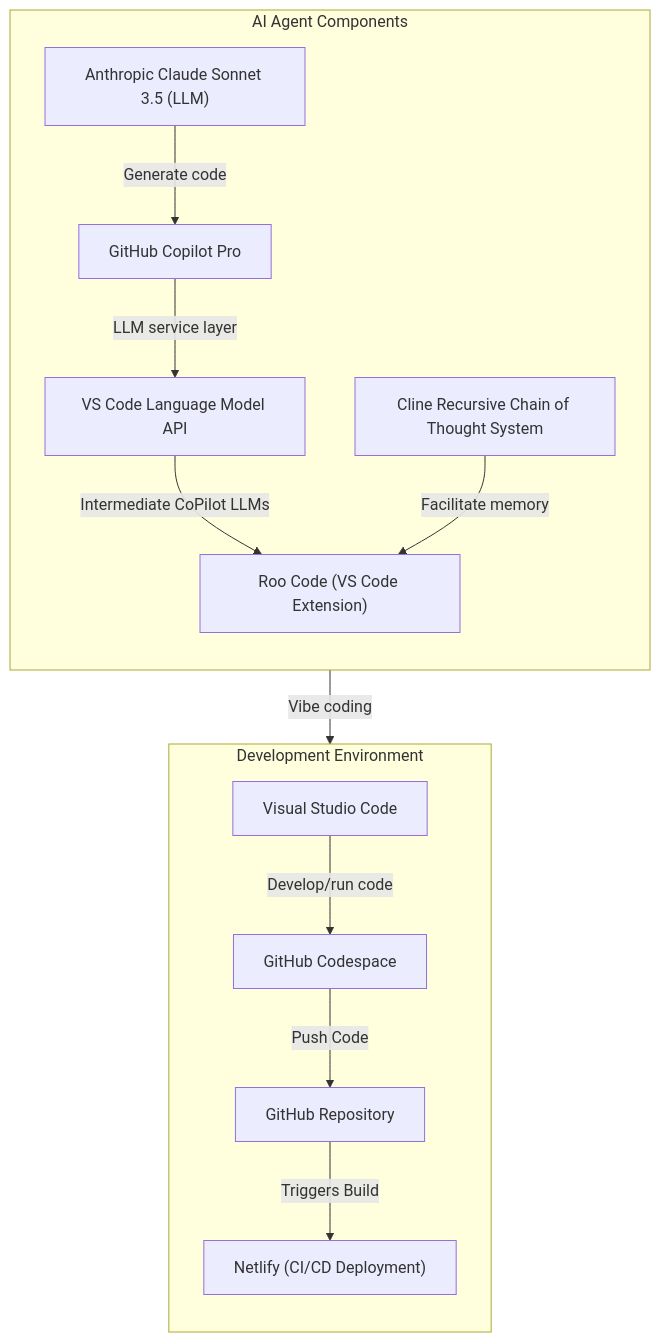
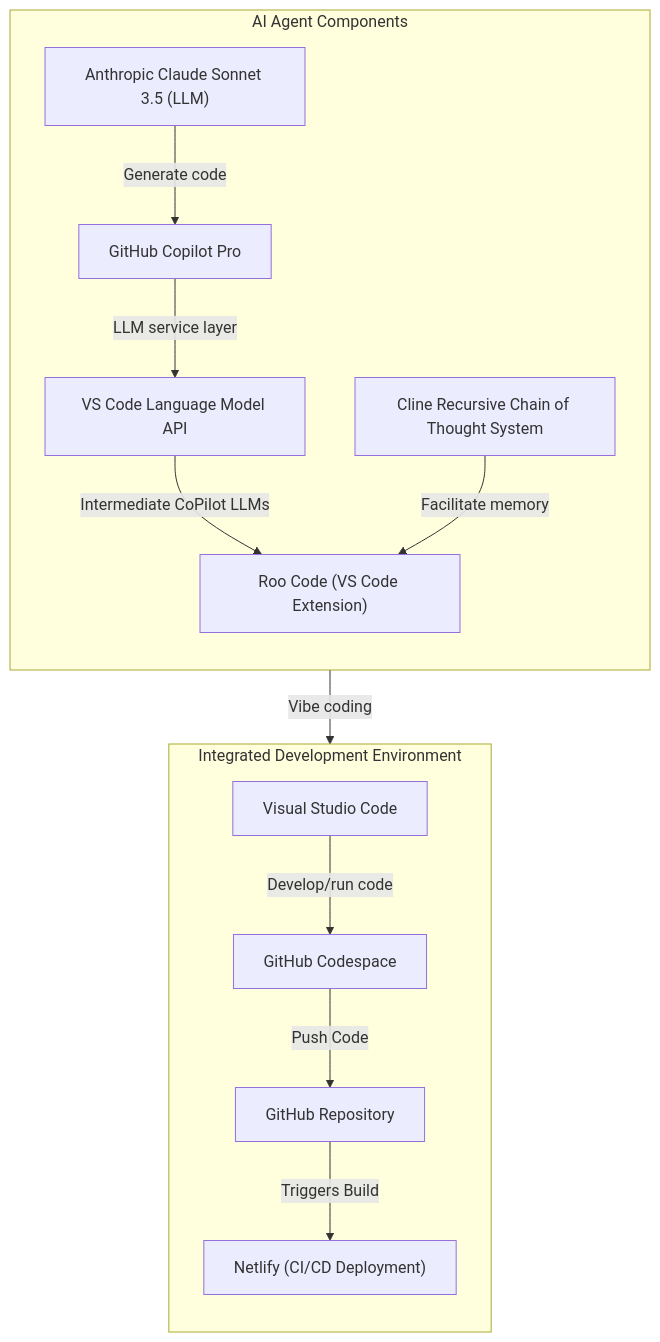
One commit to RickRinewalt/pipeline changed the diagram in README.md. Above: the diagram before and after it, drawn with Mermaid.

````diff
--- a/README.md
+++ b/README.md
@@ -16,30 +16,30 @@
 ```mermaid
 graph TB
     subgraph AI [AI Agent Components]
         direction TB
         roo["Roo Code (VS Code Extension)"]
         crct["Cline Recursive Chain of Thought System"]
         vscode_lmapi[VS Code Language Model API]
         github_copilot[GitHub Copilot Pro]
         sonnet["Anthropic Claude Sonnet 3.5 (LLM)"]
     end
 
-    subgraph DEV [Development Environment]
+    subgraph DEV [Integrated Development Environment]
         direction TB
         vscode[Visual Studio Code]
         codespace[GitHub Codespace]
         github["GitHub Repository"]
         netlify["Netlify (CI/CD Deployment)"]
     end
 
     sonnet --> |Generate code| github_copilot
     github_copilot --> |LLM service layer| vscode_lmapi
     vscode_lmapi --> |Intermediate CoPilot LLMs| roo
     crct --> |Facilitate memory| roo
     roo --> |Vibe coding| codespace
 
     vscode --> |Develop/run code| codespace
     codespace --> |Push Code| github
     github --> |Triggers Build| netlify
 
 ```
````
